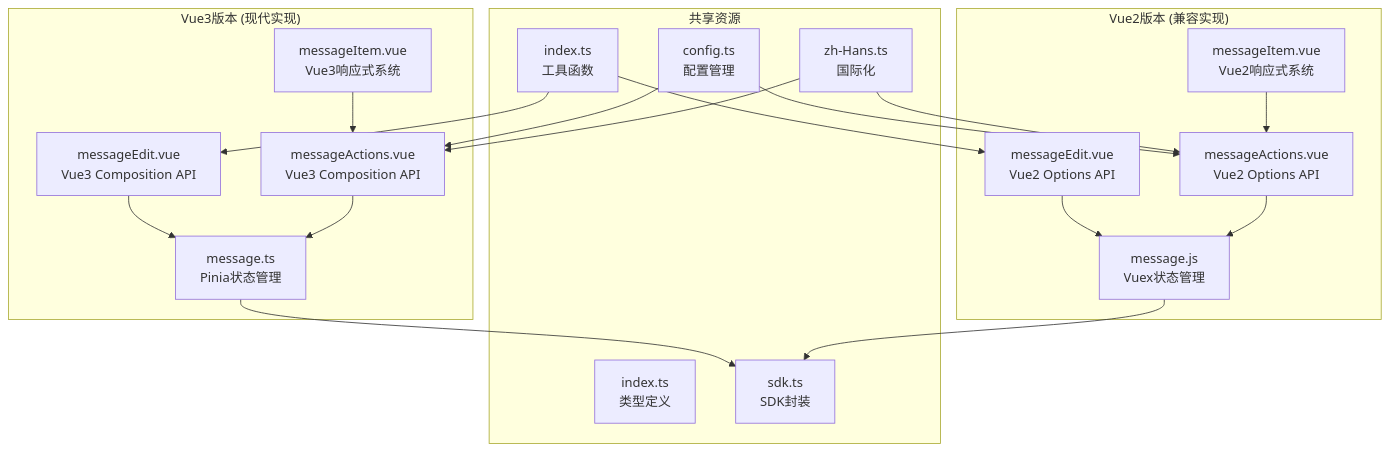
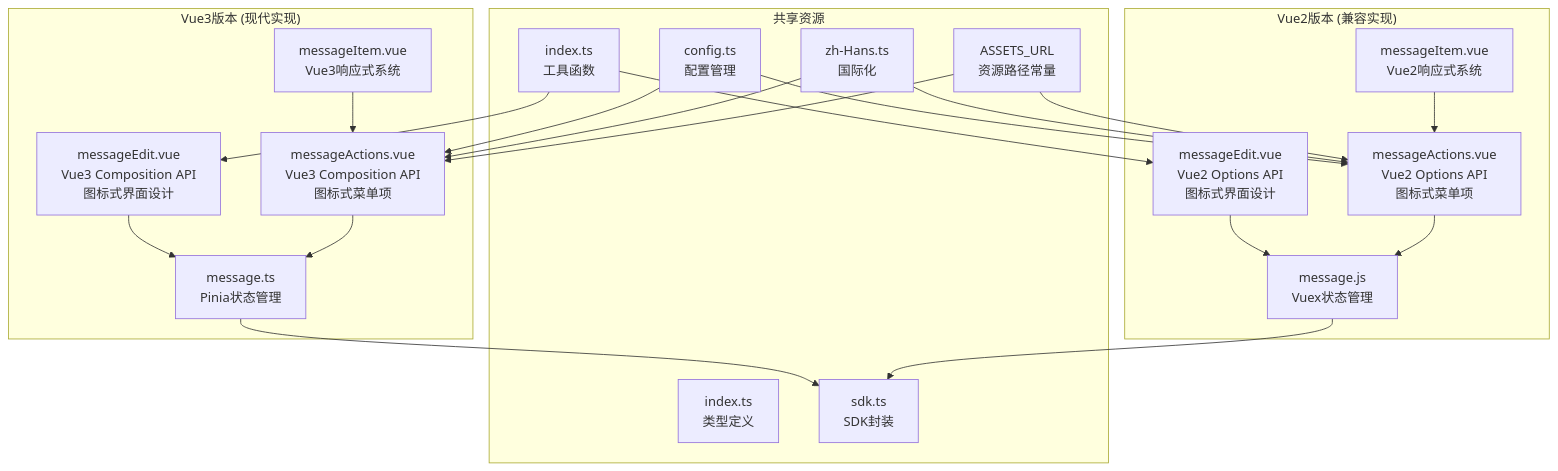
Before and after one commit to Easemob-Community/easemob-uikit-uniapp-community: the first of 10 diagrams in .qoder/repowiki/zh/content/消息编辑功能.md, drawn with Mermaid. The commit also changed other lines of this file and 4 other files, not shown here.

````diff
--- a/.qoder/repowiki/zh/content/消息编辑功能.md
+++ b/.qoder/repowiki/zh/content/消息编辑功能.md
@@ -53,36 +55,39 @@
 ```mermaid
 graph TB
 subgraph "Vue3版本 (现代实现)"
-ME3[messageEdit.vue<br/>Vue3 Composition API]
-MA3[messageActions.vue<br/>Vue3 Composition API]
+ME3[messageEdit.vue<br/>Vue3 Composition API<br/>图标式界面设计]
+MA3[messageActions.vue<br/>Vue3 Composition API<br/>图标式菜单项]
 MI3[messageItem.vue<br/>Vue3响应式系统]
 MS3[message.ts<br/>Pinia状态管理]
 end
 subgraph "Vue2版本 (兼容实现)"
-ME2[messageEdit.vue<br/>Vue2 Options API]
-MA2[messageActions.vue<br/>Vue2 Options API]
+ME2[messageEdit.vue<br/>Vue2 Options API<br/>图标式界面设计]
+MA2[messageActions.vue<br/>Vue2 Options API<br/>图标式菜单项]
 MI2[messageItem.vue<br/>Vue2响应式系统]
 MS2[message.js<br/>Vuex状态管理]
 end
 subgraph "共享资源"
 CS[config.ts<br/>配置管理]
 TY[index.ts<br/>类型定义]
 UT[index.ts<br/>工具函数]
 LO[zh-Hans.ts<br/>国际化]
 SD[sdk.ts<br/>SDK封装]
+AS[ASSETS_URL<br/>资源路径常量]
 end
 ME3 --> MS3
 MA3 --> MS3
 MI3 --> MA3
 MS3 --> SD
 ME2 --> MS2
 MA2 --> MS2
 MI2 --> MA2
 MS2 --> SD
 CS --> MA3
 CS --> MA2
 UT --> ME3
 UT --> ME2
 LO --> MA3
 LO --> MA2
+AS --> MA3
+AS --> MA2
 ```
````
